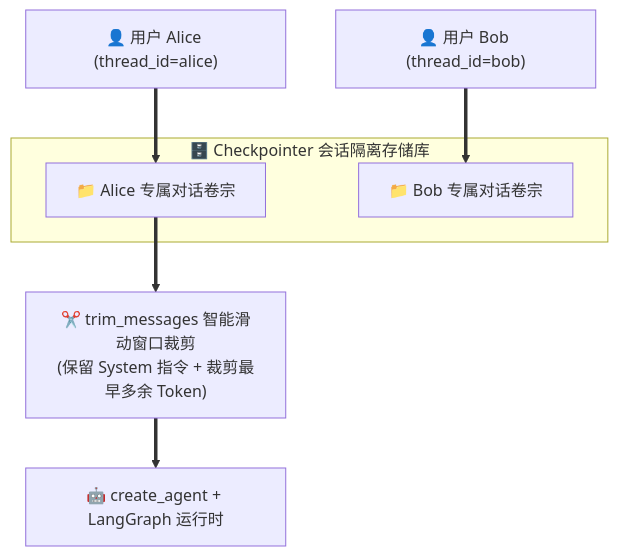
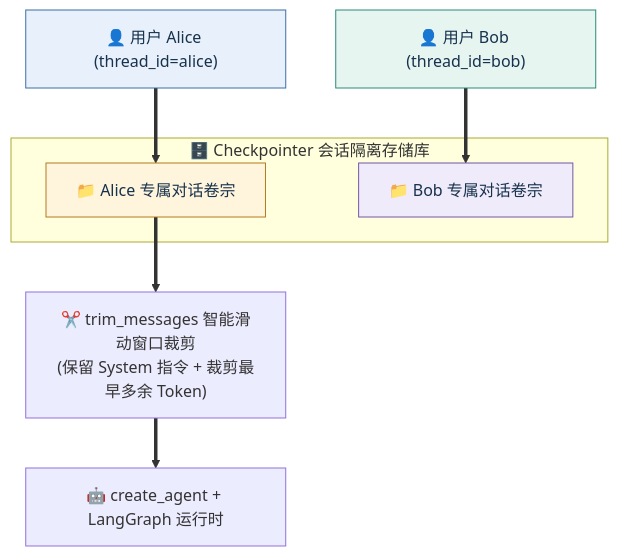
One commit to buffer121328/vibe-coding-and-agents changed the diagram in 09_LangChain搭建Agent/img/diagrams/06-diagram-01.mmd. Above: the diagram before and after it, drawn with Mermaid. The commit also changed 105 other files, not shown here.

```diff
--- a/09_LangChain搭建Agent/img/diagrams/06-diagram-01.mmd
+++ b/09_LangChain搭建Agent/img/diagrams/06-diagram-01.mmd
@@ -1,15 +1,21 @@
 flowchart TD
 
     U1["👤 用户 Alice (thread_id=alice)"]
     U2["👤 用户 Bob (thread_id=bob)"]
 
     subgraph CheckpointStore ["🗄️ Checkpointer 会话隔离存储库"]
         H1["📁 Alice 专属对话卷宗"]
         H2["📁 Bob 专属对话卷宗"]
     end
 
     U1 ==> H1
     U2 ==> H2
 
     H1 ==> Trim["✂️ trim_messages 智能滑动窗口裁剪\n(保留 System 指令 + 裁剪最早多余 Token)"]
     Trim ==> Agent["🤖 create_agent + LangGraph 运行时"]
+
+%% Academic palette: restrained blue, teal, gold, violet, and coral accents.
+style U1 fill:#E8F1FB,stroke:#3A6EA5,color:#17324D
+style U2 fill:#E7F5F1,stroke:#2B8A78,color:#17324D
+style H1 fill:#FFF4DC,stroke:#B47A1F,color:#17324D
+style H2 fill:#F0EBFA,stroke:#7357A6,color:#17324D
```
